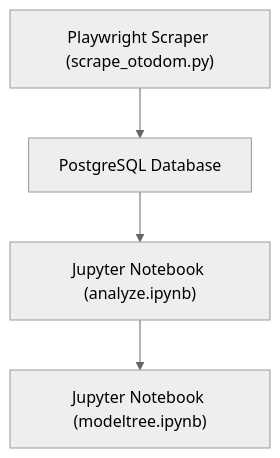
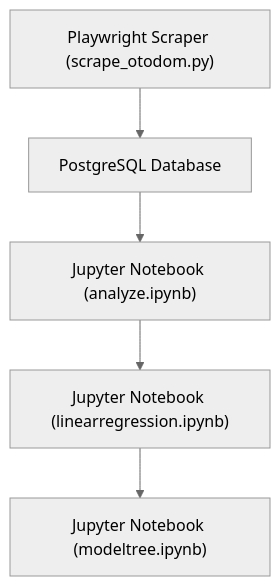
One commit to natcge/otodom_project changed the diagram in README.md. Above: the diagram before and after it, drawn with Mermaid (neutral theme). The commit also changed other lines of this file and 3 other files, not shown here.

````diff
--- a/README.md
+++ b/README.md
@@ -48,6 +29,7 @@
 ```mermaid
 flowchart TD
     A["Playwright Scraper (scrape_otodom.py)"] --> B["PostgreSQL Database"]
     B --> C["Jupyter Notebook (analyze.ipynb)"]
-    C -->D["Jupyter Notebook (modeltree.ipynb)"]
+    C -->D["Jupyter Notebook (linearregression.ipynb)"]
+    D -->E["Jupyter Notebook (modeltree.ipynb)"]
 ```
````
